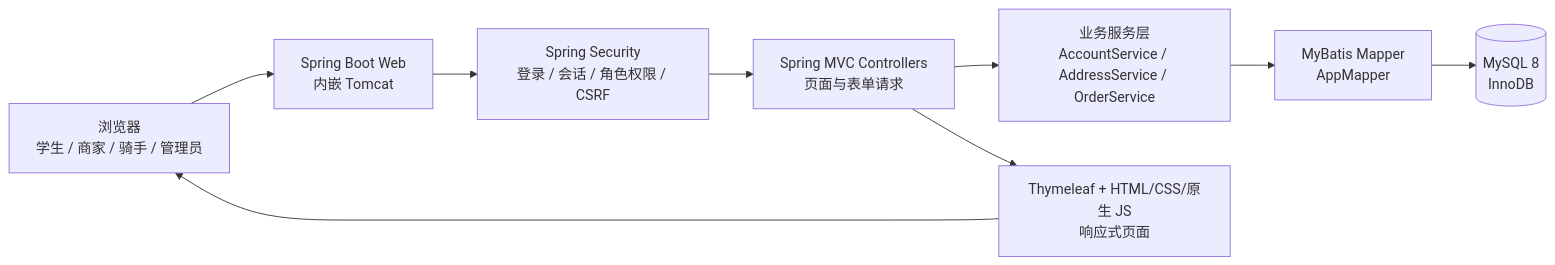
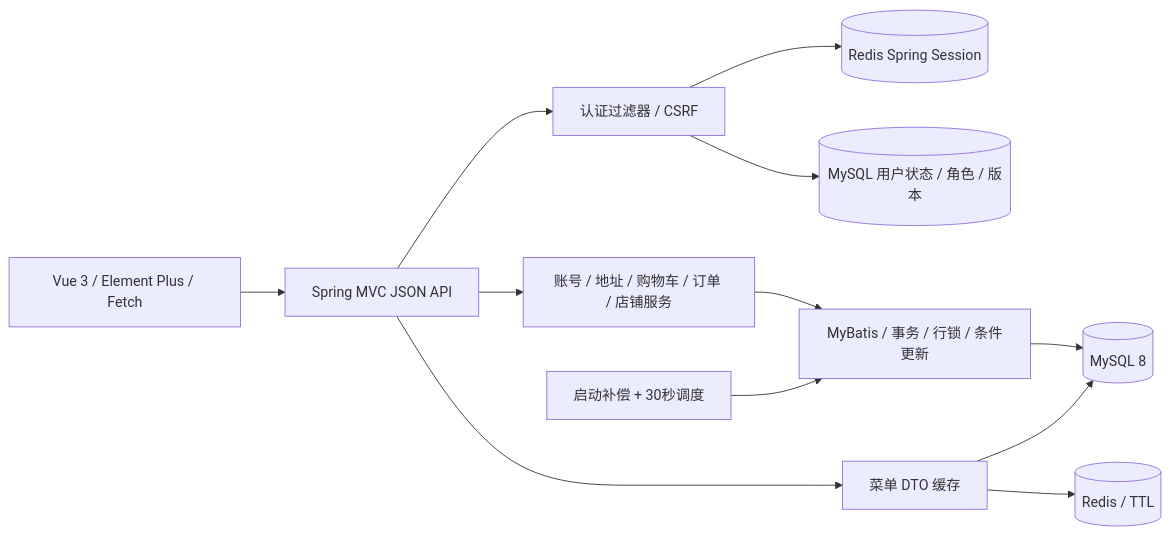
The first of 2 diagrams in docs/architecture.md (17elr/campus-takeaway), drawn with Mermaid before and after one commit. The commit also changed other lines of this file and 130 other files, not shown here.

Commit message:
feat: migrate campus takeaway to Vue and Redis with transactional checkout

````diff
--- a/docs/architecture.md
+++ b/docs/architecture.md
@@ -5,20 +3,14 @@
 ```mermaid
 flowchart LR
-    U[浏览器\n学生 / 商家 / 骑手 / 管理员]
-    W[Spring Boot Web\n内嵌 Tomcat]
-    S[Spring Security\n登录 / 会话 / 角色权限 / CSRF]
-    C[Spring MVC Controllers\n页面与表单请求]
-    B[业务服务层\nAccountService / AddressService / OrderService]
-    M[MyBatis Mapper\nAppMapper]
-    D[(MySQL 8\nInnoDB)]
-    V[Thymeleaf + HTML/CSS/原生 JS\n响应式页面]
-
-    U --> W
-    W --> S
-    S --> C
-    C --> B
-    B --> M
-    M --> D
-    C --> V
-    V --> U
+    UI[Vue 3 / Element Plus / Fetch] --> API[Spring MVC JSON API]
+    API --> AUTH[认证过滤器 / CSRF]
+    AUTH --> SESSION[(Redis Spring Session)]
+    AUTH --> USER[(MySQL 用户状态 / 角色 / 版本)]
+    API --> SERVICE[账号 / 地址 / 购物车 / 订单 / 店铺服务]
+    SERVICE --> MAPPER[MyBatis / 事务 / 行锁 / 条件更新]
+    MAPPER --> MYSQL[(MySQL 8)]
+    API --> CACHE[菜单 DTO 缓存]
+    CACHE --> REDIS[(Redis / TTL)]
+    CACHE --> MYSQL
+    TIMER[启动补偿 + 30秒调度] --> MAPPER
 ```
````
